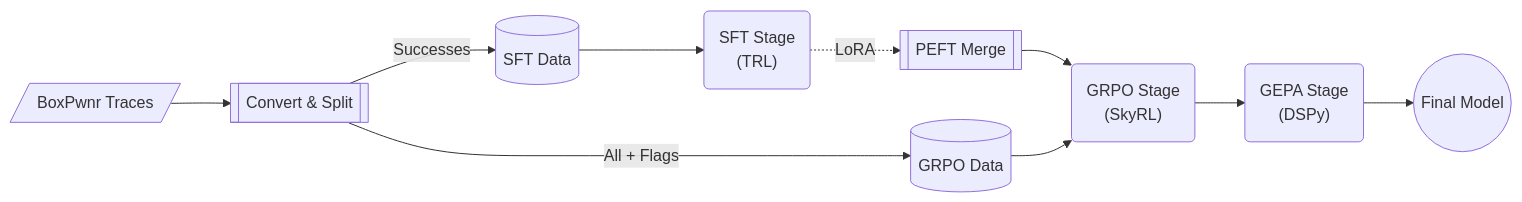
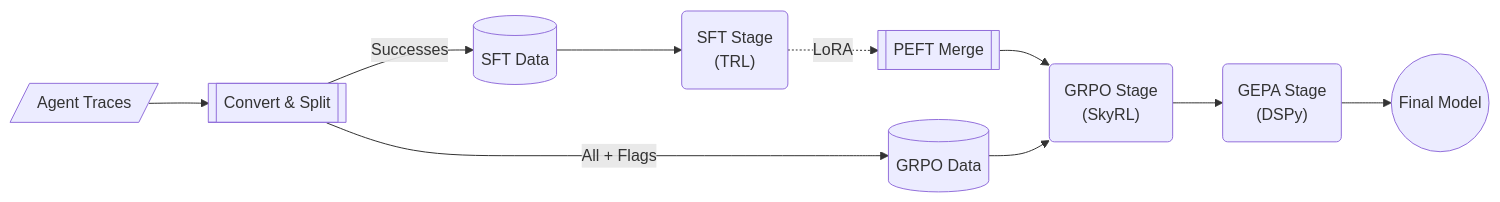
The first of 2 diagrams in docs/training.md (westonbrown/open-ctf-env), drawn with Mermaid before and after one commit. The commit also changed other lines of this file and 26 other files, not shown here.

````diff
--- a/docs/training.md
+++ b/docs/training.md
@@ -7,17 +7,17 @@
 ```mermaid
 flowchart LR
     %% Data Flow
-    Traces[/"BoxPwnr Traces"/] --> Convert[["Convert & Split"]]
+    Traces[/"Agent Traces"/] --> Convert[["Convert & Split"]]
     Convert -->|"Successes"| SFTData[("SFT Data")]
     Convert -->|"All + Flags"| GRPOData[("GRPO Data")]
 
     %% Train
     SFTData --> SFT("SFT Stage<br/>(TRL)")
     SFT -.->|"LoRA"| Merge[["PEFT Merge"]]
     Merge --> GRPO("GRPO Stage<br/>(SkyRL)")
     GRPOData --> GRPO
     
     %% Post-train
     GRPO --> GEPA("GEPA Stage<br/>(DSPy)")
     GEPA --> Final(("Final Model"))
 ```
````
